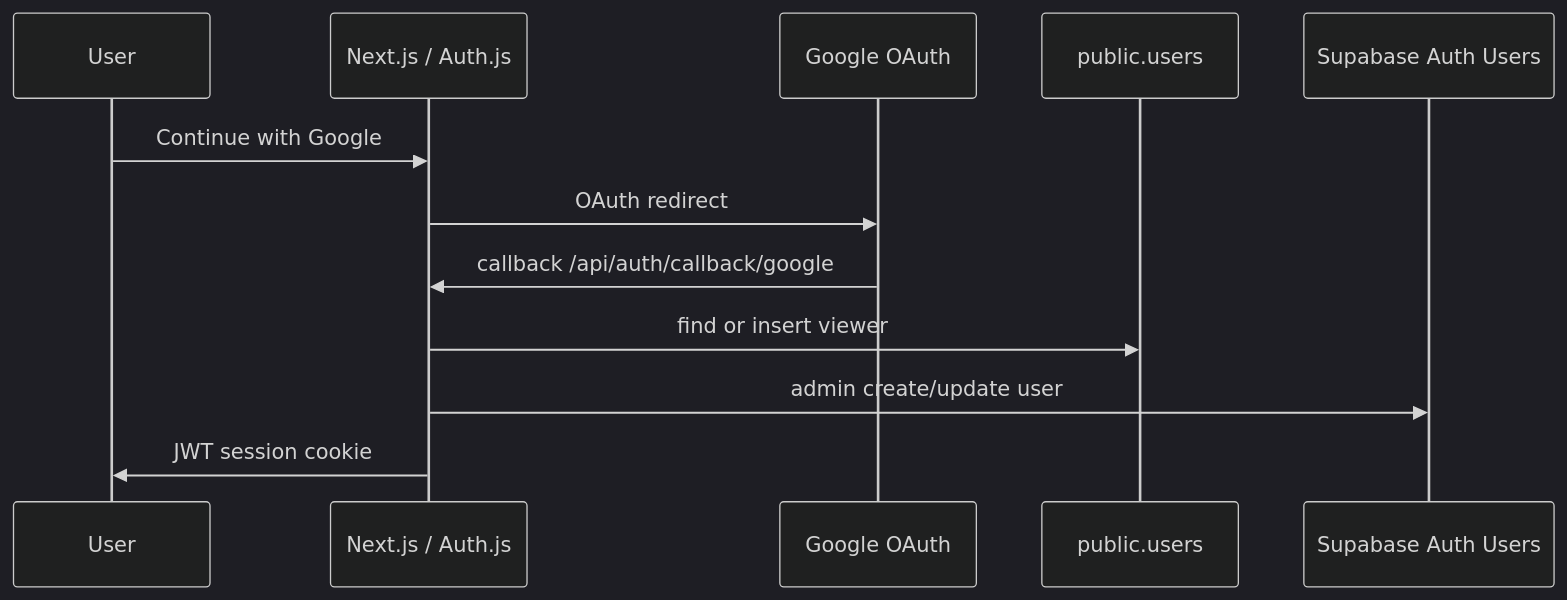
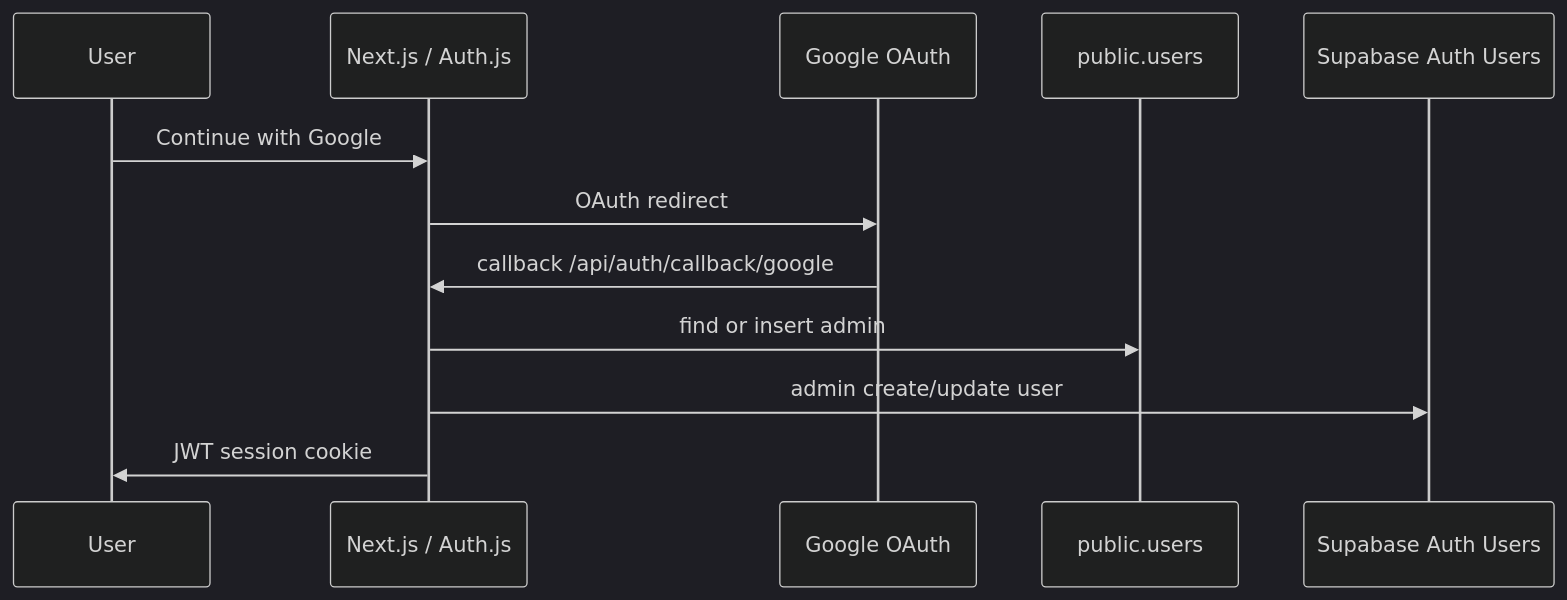
One commit to Filza548/AI-Knowledge-Base-Assistant changed the second of 2 diagrams in README.md. Above: the diagram before and after it, drawn with Mermaid (dark theme). The commit also changed other lines of this file and 38 other files, not shown here.

````diff
--- a/README.md
+++ b/README.md
@@ -67,15 +66,15 @@
 ```mermaid
 sequenceDiagram
   participant U as User
   participant App as Next.js / Auth.js
   participant G as Google OAuth
   participant DB as public.users
   participant SA as Supabase Auth Users
 
   U->>App: Continue with Google
   App->>G: OAuth redirect
   G->>App: callback /api/auth/callback/google
-  App->>DB: find or insert viewer
+  App->>DB: find or insert admin
   App->>SA: admin create/update user
   App->>U: JWT session cookie
 ```
````
